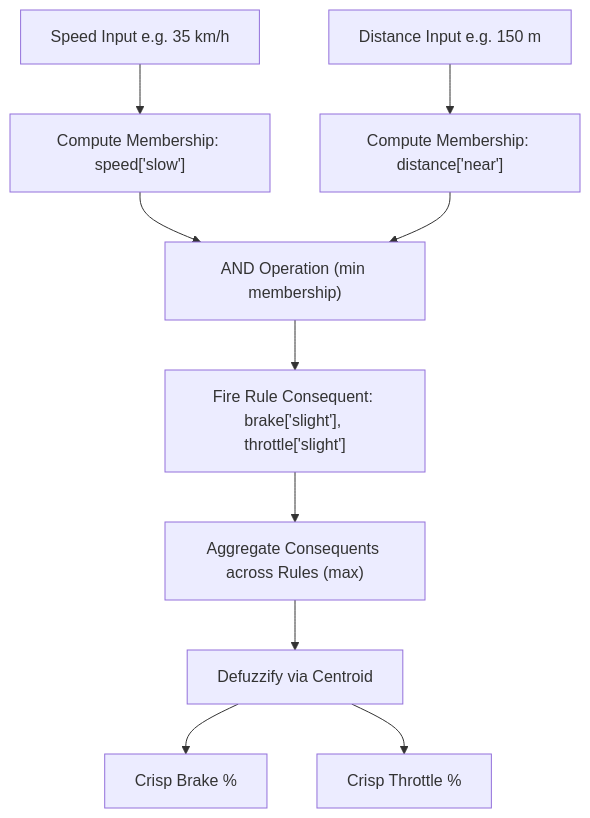
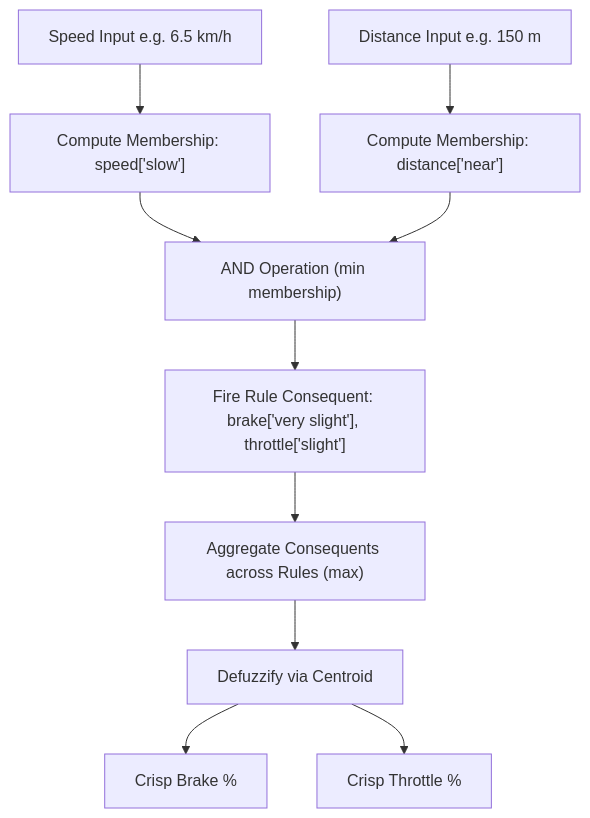
Before and after one commit to robotictang/CSC3034: the second of 2 diagrams in src/lab2.md, drawn with Mermaid. The commit also changed other lines of this file and 109 other files, not shown here.

````diff
--- a/src/lab2.md
+++ b/src/lab2.md
@@ -226,14 +228,14 @@
 ```mermaid
 graph TD
-    InS["Speed Input e.g. 35 km/h"] --> MF1["Compute Membership: speed['slow']"]
+    InS["Speed Input e.g. 6.5 km/h"] --> MF1["Compute Membership: speed['slow']"]
     InD["Distance Input e.g. 150 m"] --> MF2["Compute Membership: distance['near']"]
     
     MF1 --> AND["AND Operation (min membership)"]
     MF2 --> AND
     
-    AND --> RuleOut["Fire Rule Consequent: brake['slight'], throttle['slight']"]
+    AND --> RuleOut["Fire Rule Consequent: brake['very slight'], throttle['slight']"]
     RuleOut --> Agg["Aggregate Consequents across Rules (max)"]
     Agg --> Centroid["Defuzzify via Centroid"]
     Centroid --> OutB["Crisp Brake %"]
     Centroid --> OutT["Crisp Throttle %"]
 ```
````
